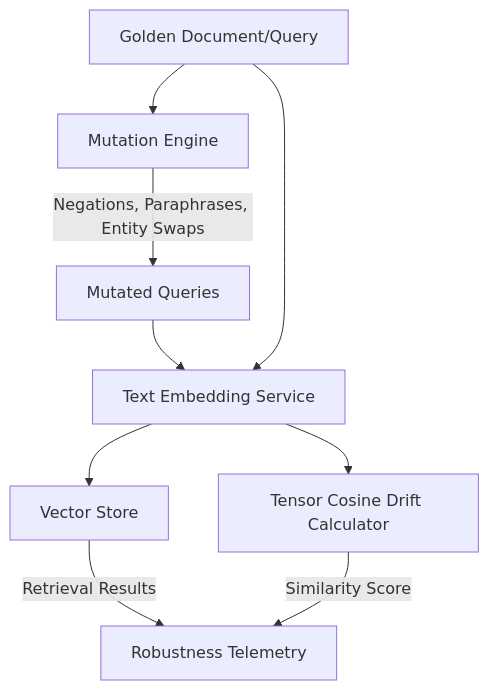
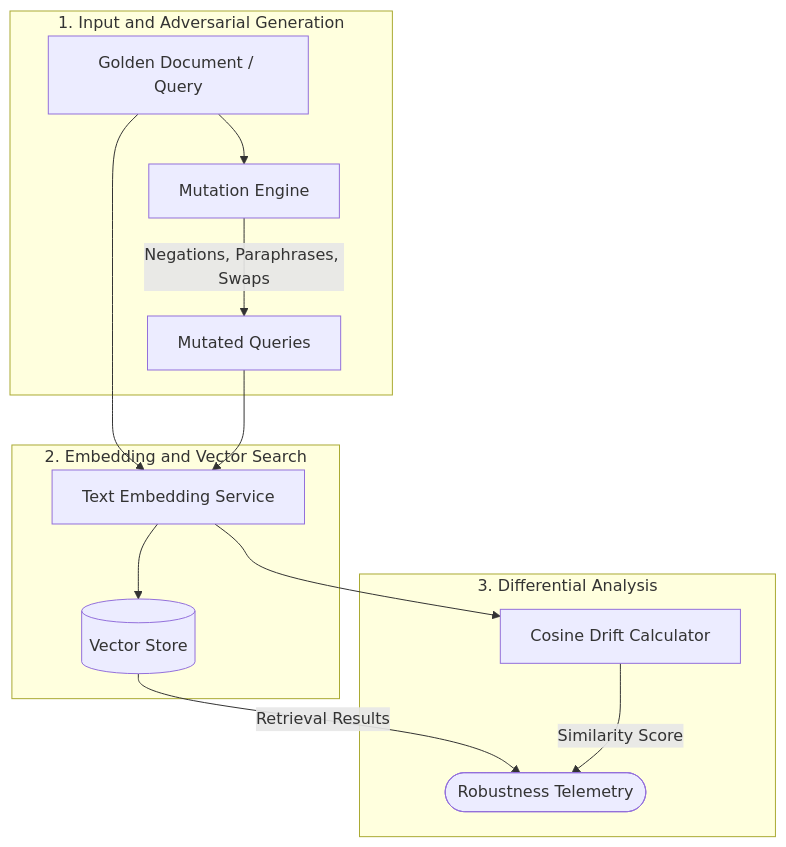
Before and after one commit to cchandrakanth/rag-semantic-fuzzer: the diagram in README.md, drawn with Mermaid. The commit also changed other lines of this file and 5 other files, not shown here.

````diff
--- a/README.md
+++ b/README.md
@@ -15,11 +38,27 @@
 ```mermaid
 flowchart TD
-    A[Golden Document/Query] --> B[Mutation Engine]
-    B -->|Negations, Paraphrases, Entity Swaps| C[Mutated Queries]
-    C --> D[Text Embedding Service]
+    subgraph Input[1. Input and Adversarial Generation]
+        A[Golden Document / Query]
+        B[Mutation Engine]
+        C[Mutated Queries]
+    end
+
+    subgraph Processing[2. Embedding and Vector Search]
+        D[Text Embedding Service]
+        F[(Vector Store)]
+    end
+
+    subgraph Analysis[3. Differential Analysis]
+        E[Cosine Drift Calculator]
+        G([Robustness Telemetry])
+    end
+
+    A --> B
+    B -->|Negations, Paraphrases, Swaps| C
     A --> D
-    D --> E[Tensor Cosine Drift Calculator]
-    D --> F[Vector Store]
-    F -->|Retrieval Results| G[Robustness Telemetry]
+    C --> D
+    D --> E
+    D --> F
+    F -->|Retrieval Results| G
     E -->|Similarity Score| G
 ```
````
